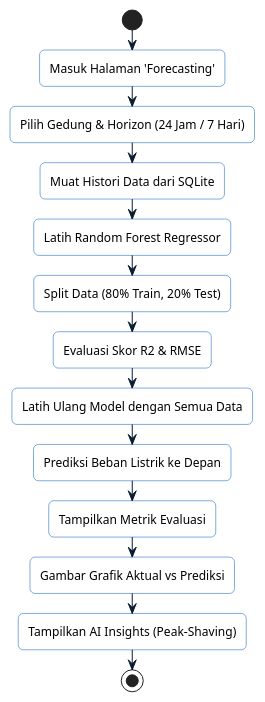
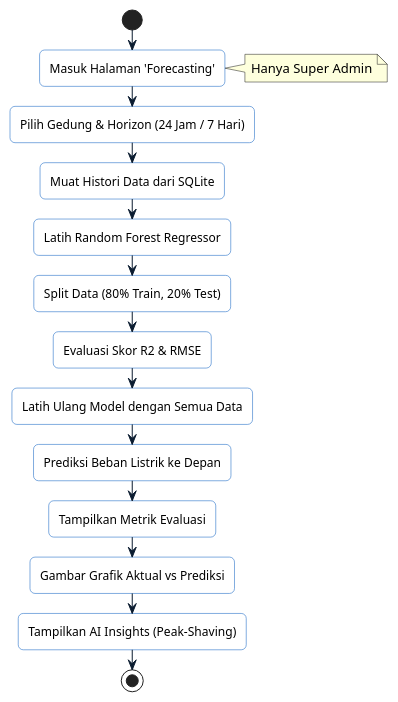
One commit to Amandaa0208/EMS changed diagram 14 of 15 in userflow.md. Above: the diagram before and after it, drawn with PlantUML. The commit also changed other lines of this file and 1 other file, not shown here.

Commit message:
docs: update user flow documentation to include role-based access control details for Super Admin and Admin.

````diff
--- a/userflow.md
+++ b/userflow.md
@@ -301,22 +433,23 @@
 ```plantuml
 @startuml
 skinparam roundcorner 10
 skinparam ActivityBackgroundColor White
 skinparam ActivityBorderColor #0058be
 skinparam ArrowColor #0b1c30
 
 start
 :Masuk Halaman 'Forecasting';
+note right: Hanya Super Admin
 :Pilih Gedung & Horizon (24 Jam / 7 Hari);
 :Muat Histori Data dari SQLite;
 :Latih Random Forest Regressor;
 :Split Data (80% Train, 20% Test);
 :Evaluasi Skor R2 & RMSE;
 :Latih Ulang Model dengan Semua Data;
 :Prediksi Beban Listrik ke Depan;
 :Tampilkan Metrik Evaluasi;
 :Gambar Grafik Aktual vs Prediksi;
 :Tampilkan AI Insights (Peak-Shaving);
 stop
 @enduml
 ```
````
